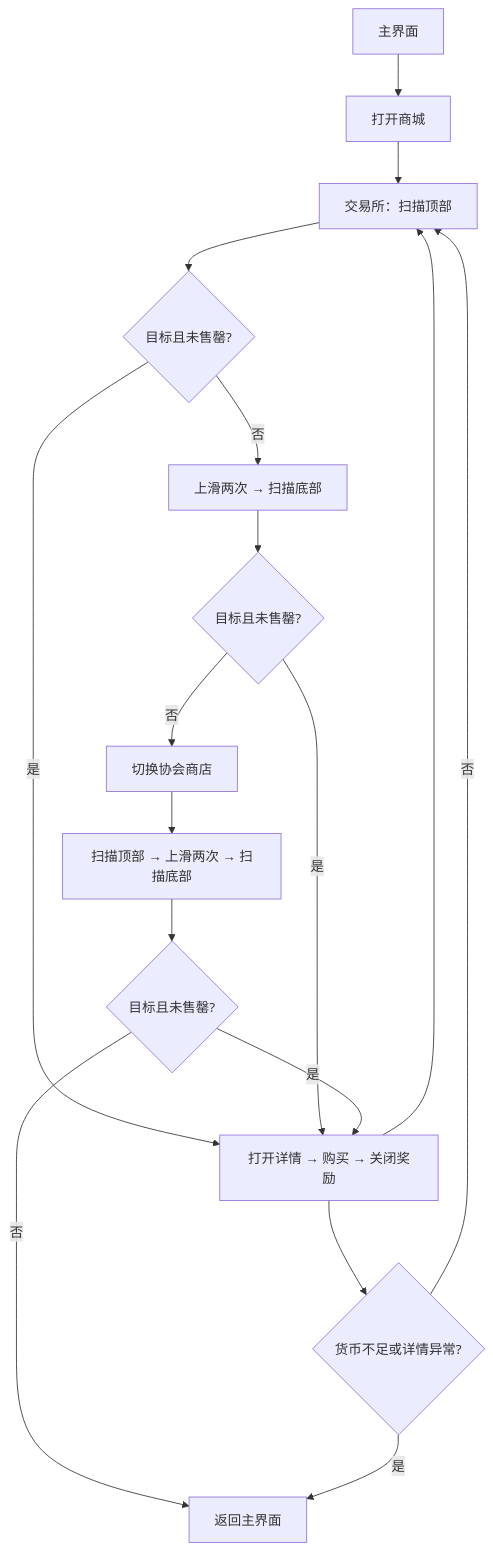
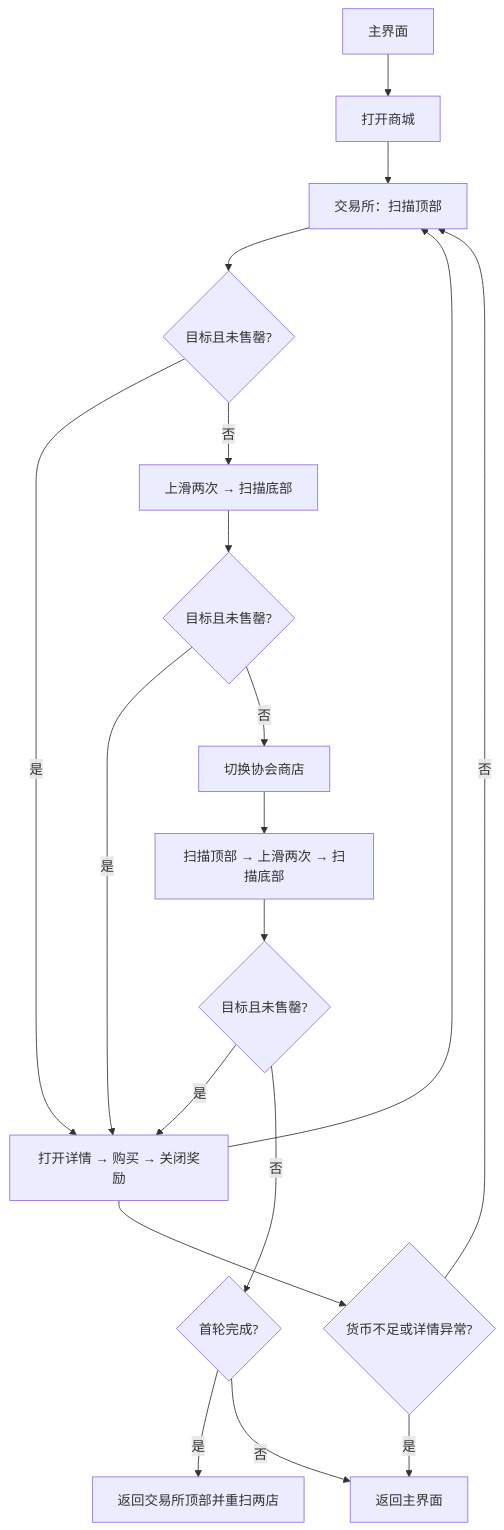
The diagram in docs/zh_cn/tasks/daily_shop.md (cccrx1/TKFMaa), drawn with Mermaid before and after one commit. The commit also changed other lines of this file and 3 other files, not shown here.

````diff
--- a/docs/zh_cn/tasks/daily_shop.md
+++ b/docs/zh_cn/tasks/daily_shop.md
@@ -18,20 +18,22 @@
 ```mermaid
 flowchart TD
 A[主界面] --> B[打开商城]
 B --> C[交易所：扫描顶部]
 C --> D{目标且未售罄?}
 D -->|是| E[打开详情 → 购买 → 关闭奖励]
 E --> C
 D -->|否| F[上滑两次 → 扫描底部]
 F --> G{目标且未售罄?}
 G -->|是| E
 G -->|否| H[切换协会商店]
 H --> I[扫描顶部 → 上滑两次 → 扫描底部]
 I --> J{目标且未售罄?}
 J -->|是| E
-J -->|否| K[返回主界面]
-E --> L{货币不足或详情异常?}
-L -->|是| K
-L -->|否| C
+J -->|否| K{首轮完成?}
+K -->|是| L[返回交易所顶部并重扫两店]
+K -->|否| M[返回主界面]
+E --> N{货币不足或详情异常?}
+N -->|是| M
+N -->|否| C
 
 ```
````
